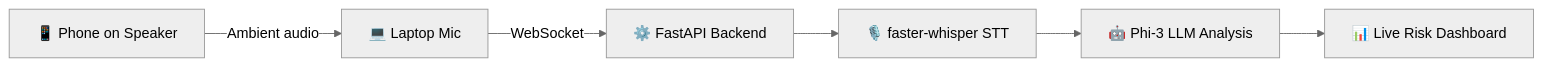
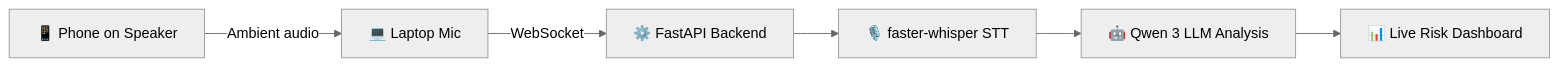
Before and after one commit to Team-Of-Elites/SurakshaCall-AI: the first of 3 diagrams in docs/complete_evaluation_and_solutions.md, drawn with Mermaid (neutral theme). The commit also changed other lines of this file and 4 other files, not shown here.

````diff
--- a/docs/complete_evaluation_and_solutions.md
+++ b/docs/complete_evaluation_and_solutions.md
@@ -29,8 +29,8 @@
 ```mermaid
 graph LR
     A["📱 Phone on Speaker"] -->|Ambient audio| B["💻 Laptop Mic"]
     B -->|WebSocket| C["⚙️ FastAPI Backend"]
     C --> D["🎙️ faster-whisper STT"]
-    D --> E["🤖 Phi-3 LLM Analysis"]
+    D --> E["🤖 Qwen 3 LLM Analysis"]
     E --> F["📊 Live Risk Dashboard"]
 ```
````
